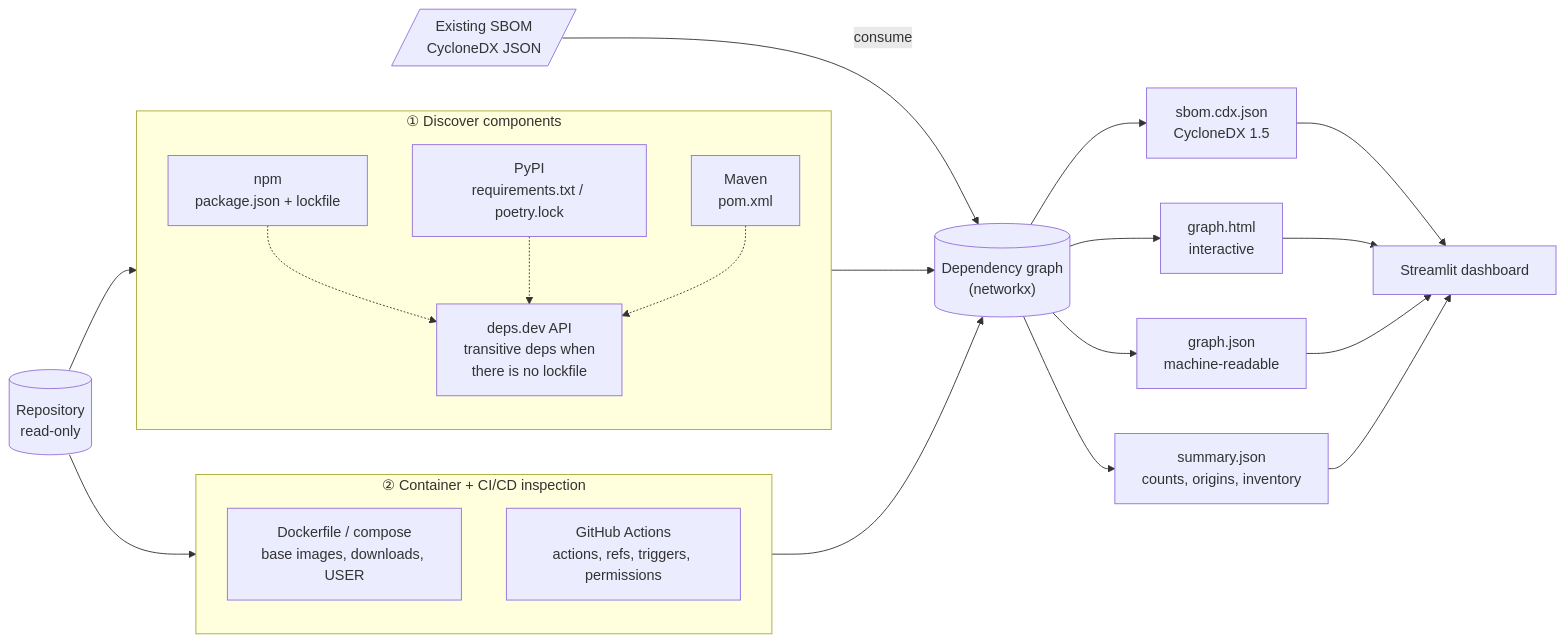
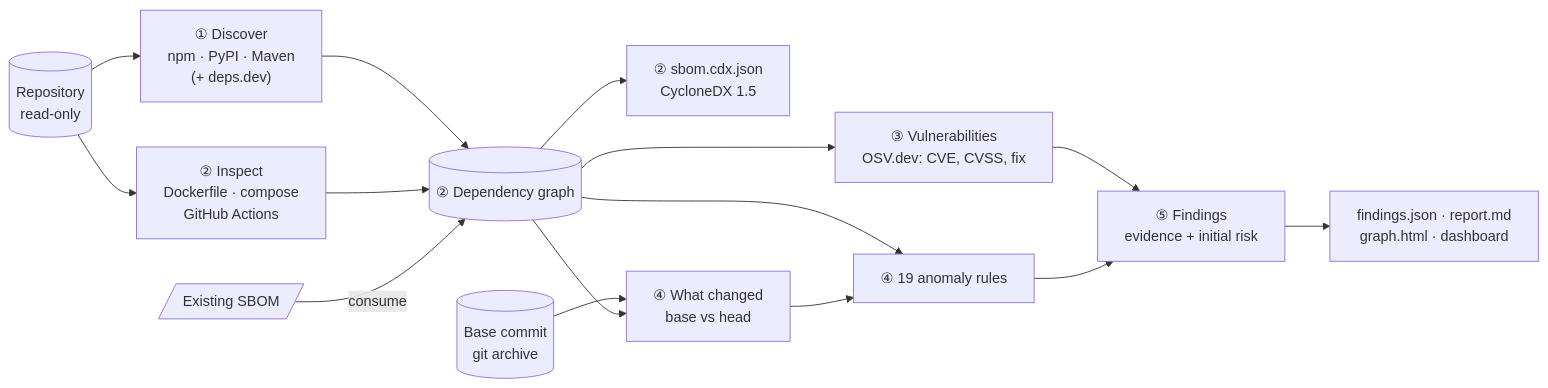
Before and after one commit to gshyamv/Bosch-Hackathon: the diagram in README.md, drawn with Mermaid. The commit also changed other lines of this file and 3 other files, not shown here.

````diff
--- a/README.md
+++ b/README.md
@@ -96,30 +100,17 @@
 ```mermaid
 flowchart LR
-    R[(Repository<br/>read-only)] --> D
-
-    subgraph D["① Discover components"]
-        direction TB
-        N[npm<br/>package.json + lockfile]
-        P[PyPI<br/>requirements.txt / poetry.lock]
-        M[Maven<br/>pom.xml]
-        DD[deps.dev API<br/>transitive deps when<br/>there is no lockfile]
-        N & P & M -.-> DD
-    end
-
-    R --> C
-    subgraph C["② Container + CI/CD inspection"]
-        direction TB
-        DF[Dockerfile / compose<br/>base images, downloads, USER]
-        WF[GitHub Actions<br/>actions, refs, triggers, permissions]
-    end
-
-    D --> G[("Dependency graph<br/>(networkx)")]
+    R[(Repository<br/>read-only)] --> D["① Discover<br/>npm · PyPI · Maven<br/>(+ deps.dev)"]
+    R --> C["② Inspect<br/>Dockerfile · compose<br/>GitHub Actions"]
+    D --> G[("② Dependency graph")]
     C --> G
-    SB[/Existing SBOM<br/>CycloneDX JSON/] -- consume --> G
-
-    G --> O1[sbom.cdx.json<br/>CycloneDX 1.5]
-    G --> O2[graph.html<br/>interactive]
-    G --> O3[graph.json<br/>machine-readable]
-    G --> O4[summary.json<br/>counts, origins, inventory]
-    O1 & O2 & O3 & O4 --> UI[Streamlit dashboard]
+    SB[/Existing SBOM/] -- consume --> G
+    G --> SBOM["② sbom.cdx.json<br/>CycloneDX 1.5"]
+    G --> V["③ Vulnerabilities<br/>OSV.dev: CVE, CVSS, fix"]
+    B[(Base commit<br/>git archive)] --> X["④ What changed<br/>base vs head"]
+    G --> X
+    G --> A["④ 19 anomaly rules"]
+    X --> A
+    V --> E["⑤ Findings<br/>evidence + initial risk"]
+    A --> E
+    E --> OUT["findings.json · report.md<br/>graph.html · dashboard"]
 ```
````
